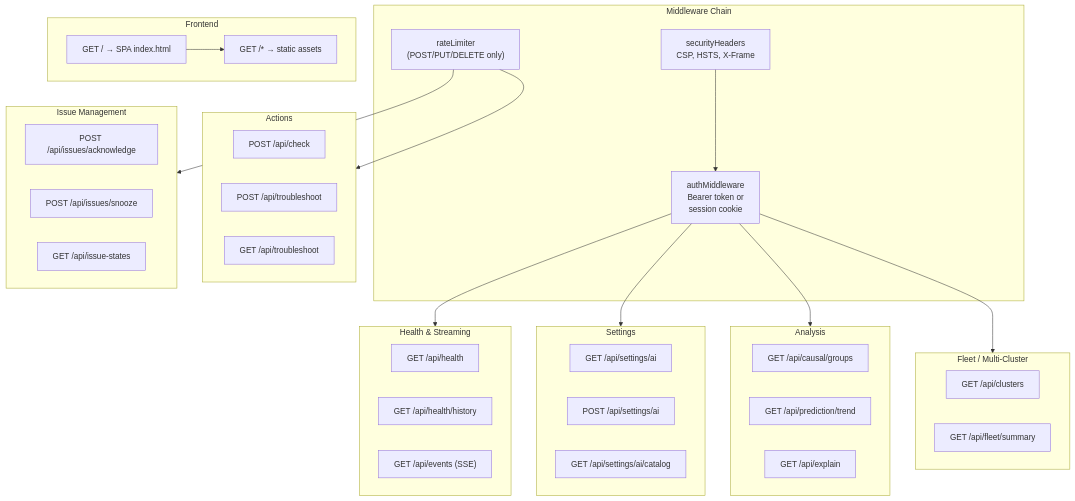
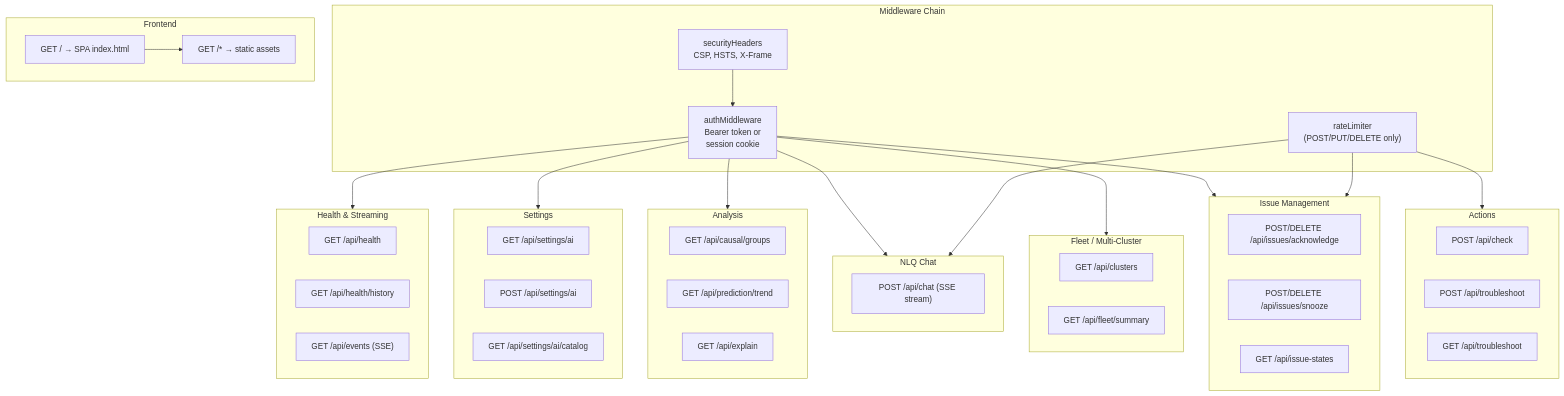
The third of 6 diagrams in docs/architecture/03-ai-dashboard-datasource.md (osagberg/kube-assist-operator), drawn with Mermaid before and after one commit. The commit also changed other lines of this file and 3 other files, not shown here.

Commit message:
docs: align README and architecture docs with NLQ and runtime AI config

````diff
--- a/docs/architecture/03-ai-dashboard-datasource.md
+++ b/docs/architecture/03-ai-dashboard-datasource.md
@@ -129,57 +129,64 @@
 ```mermaid
 flowchart TD
     subgraph Middleware["Middleware Chain"]
         Security["securityHeaders<br/>CSP, HSTS, X-Frame"]
         RateLimit["rateLimiter<br/>(POST/PUT/DELETE only)"]
         Auth["authMiddleware<br/>Bearer token or<br/>session cookie"]
     end
 
     subgraph Health["Health & Streaming"]
         H1["GET /api/health"]
         H2["GET /api/health/history"]
         H3["GET /api/events (SSE)"]
     end
 
     subgraph Settings["Settings"]
         S1["GET /api/settings/ai"]
         S2["POST /api/settings/ai"]
         S3["GET /api/settings/ai/catalog"]
     end
 
     subgraph Actions["Actions"]
         A1["POST /api/check"]
         A2["POST /api/troubleshoot"]
         A3["GET /api/troubleshoot"]
     end
 
     subgraph Analysis["Analysis"]
         AN1["GET /api/causal/groups"]
         AN2["GET /api/prediction/trend"]
         AN3["GET /api/explain"]
     end
 
+    subgraph Chat["NLQ Chat"]
+        C1["POST /api/chat (SSE stream)"]
+    end
+
     subgraph Fleet["Fleet / Multi-Cluster"]
         F1["GET /api/clusters"]
         F2["GET /api/fleet/summary"]
     end
 
     subgraph Issues["Issue Management"]
-        I1["POST /api/issues/acknowledge"]
-        I2["POST /api/issues/snooze"]
+        I1["POST/DELETE /api/issues/acknowledge"]
+        I2["POST/DELETE /api/issues/snooze"]
         I3["GET /api/issue-states"]
     end
 
     subgraph UI["Frontend"]
         SPA["GET / → SPA index.html"]
         Assets["GET /* → static assets"]
     end
 
     Security --> Auth
     Auth --> Health
     Auth --> Settings
     RateLimit --> Actions
     Auth --> Analysis
+    Auth --> Chat
+    RateLimit --> Chat
     Auth --> Fleet
+    Auth --> Issues
     RateLimit --> Issues
     SPA --> Assets
 ```
````
